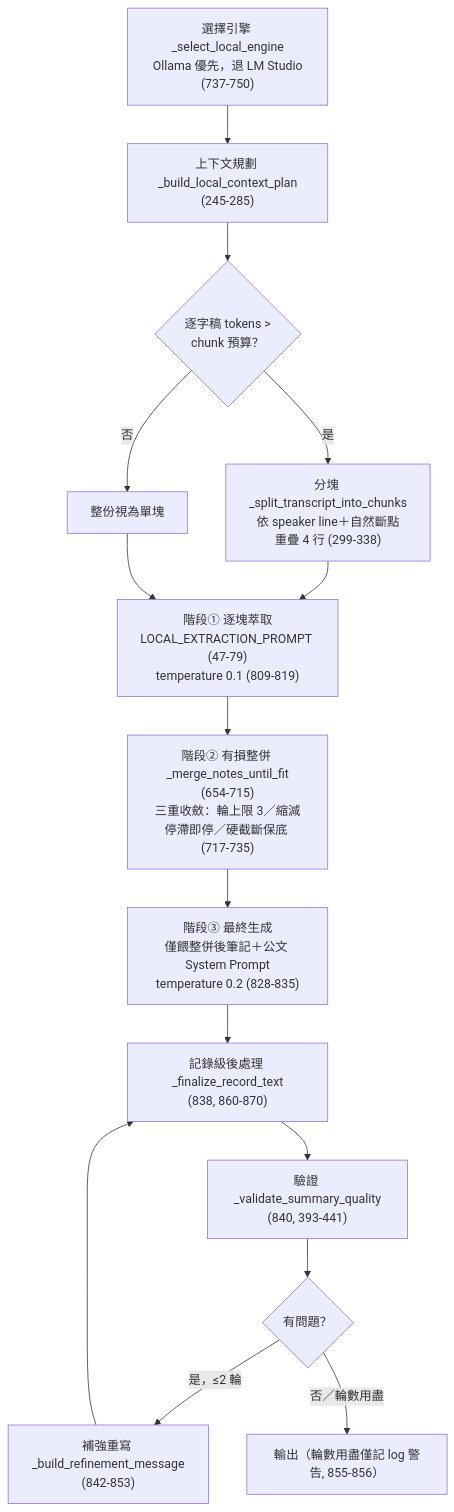
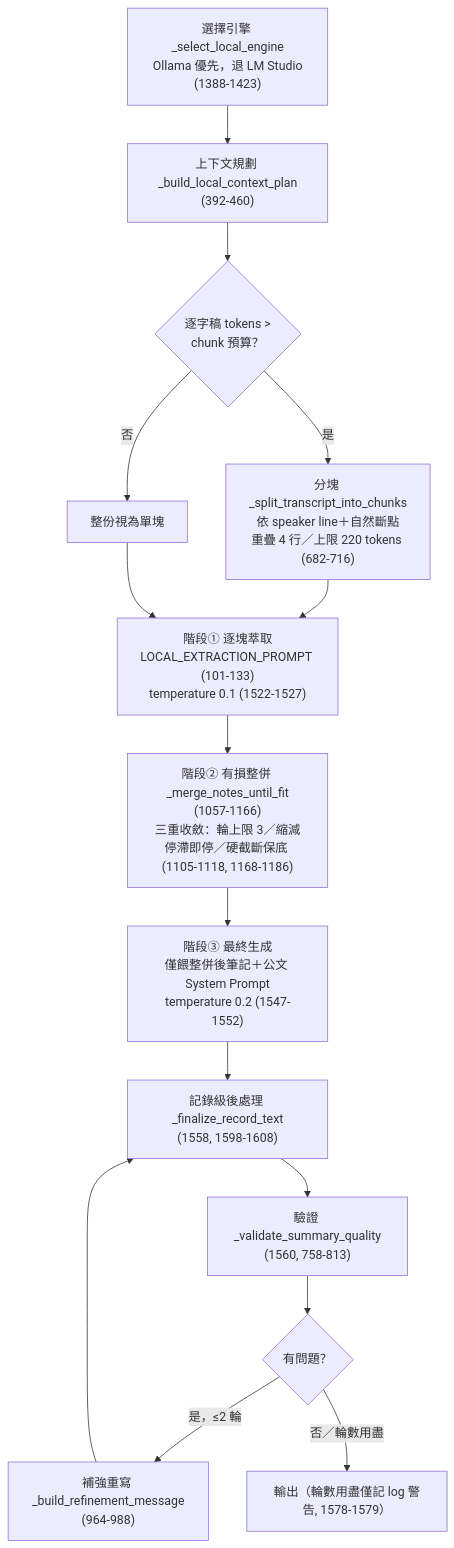
One commit to s9008129/convert changed the fourth of 7 diagrams in doc/規格與設計/系統架構與程式設計書.md. Above: the diagram before and after it, drawn with Mermaid. The commit also changed other lines of this file and 13 other files, not shown here.

````diff
--- a/doc/規格與設計/系統架構與程式設計書.md
+++ b/doc/規格與設計/系統架構與程式設計書.md
@@ -376,17 +388,17 @@
 ```mermaid
 flowchart TD
-    A["選擇引擎 _select_local_engine<br/>Ollama 優先，退 LM Studio<br/>(737-750)"] --> B["上下文規劃 _build_local_context_plan<br/>(245-285)"]
+    A["選擇引擎 _select_local_engine<br/>Ollama 優先，退 LM Studio<br/>(1388-1423)"] --> B["上下文規劃 _build_local_context_plan<br/>(392-460)"]
     B --> C{"逐字稿 tokens ><br/>chunk 預算？"}
-    C -->|"是"| D["分塊 _split_transcript_into_chunks<br/>依 speaker line＋自然斷點<br/>重疊 4 行 (299-338)"]
+    C -->|"是"| D["分塊 _split_transcript_into_chunks<br/>依 speaker line＋自然斷點<br/>重疊 4 行／上限 220 tokens (682-716)"]
     C -->|"否"| E["整份視為單塊"]
-    D --> F["階段① 逐塊萃取<br/>LOCAL_EXTRACTION_PROMPT (47-79)<br/>temperature 0.1 (809-819)"]
+    D --> F["階段① 逐塊萃取<br/>LOCAL_EXTRACTION_PROMPT (101-133)<br/>temperature 0.1 (1522-1527)"]
     E --> F
-    F --> G["階段② 有損整併 _merge_notes_until_fit<br/>(654-715)<br/>三重收斂：輪上限 3／縮減停滯即停／硬截斷保底 (717-735)"]
-    G --> H["階段③ 最終生成<br/>僅餵整併後筆記＋公文 System Prompt<br/>temperature 0.2 (828-835)"]
-    H --> I["記錄級後處理 _finalize_record_text<br/>(838, 860-870)"]
-    I --> J["驗證 _validate_summary_quality<br/>(840, 393-441)"]
+    F --> G["階段② 有損整併 _merge_notes_until_fit<br/>(1057-1166)<br/>三重收斂：輪上限 3／縮減停滯即停／硬截斷保底 (1105-1118, 1168-1186)"]
+    G --> H["階段③ 最終生成<br/>僅餵整併後筆記＋公文 System Prompt<br/>temperature 0.2 (1547-1552)"]
+    H --> I["記錄級後處理 _finalize_record_text<br/>(1558, 1598-1608)"]
+    I --> J["驗證 _validate_summary_quality<br/>(1560, 758-813)"]
     J --> K{"有問題？"}
-    K -->|"是，≤2 輪"| L["補強重寫 _build_refinement_message<br/>(842-853)"]
+    K -->|"是，≤2 輪"| L["補強重寫 _build_refinement_message<br/>(964-988)"]
     L --> I
-    K -->|"否／輪數用盡"| M["輸出（輪數用盡僅記 log 警告, 855-856）"]
+    K -->|"否／輪數用盡"| M["輸出（輪數用盡僅記 log 警告, 1578-1579）"]
 ```
````
